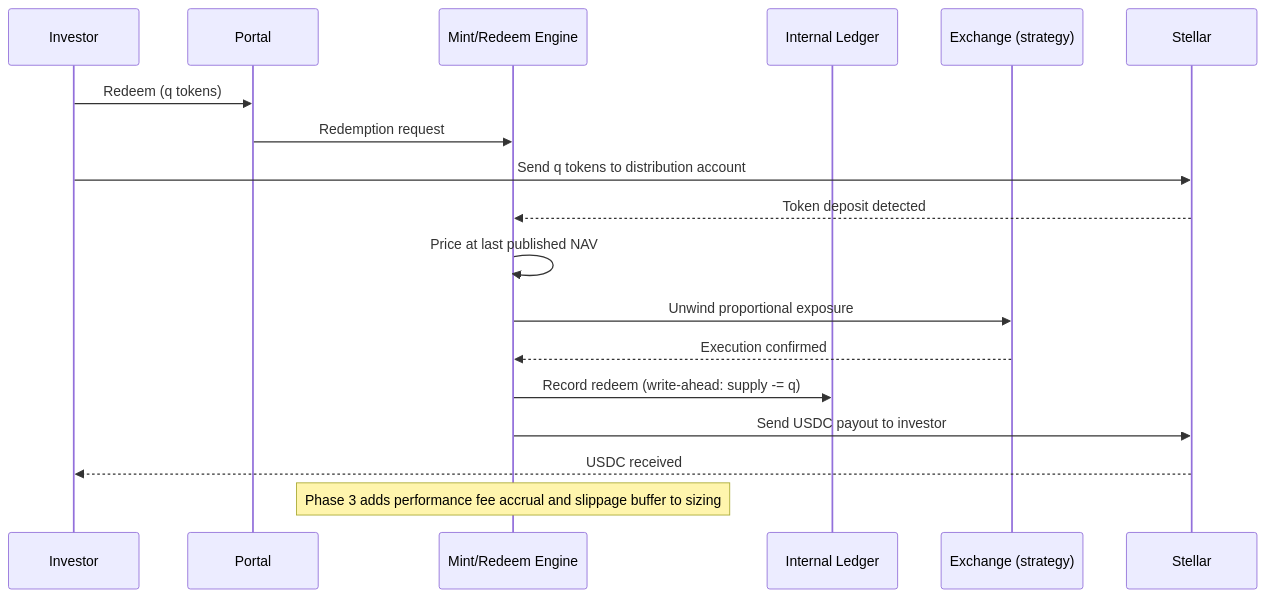
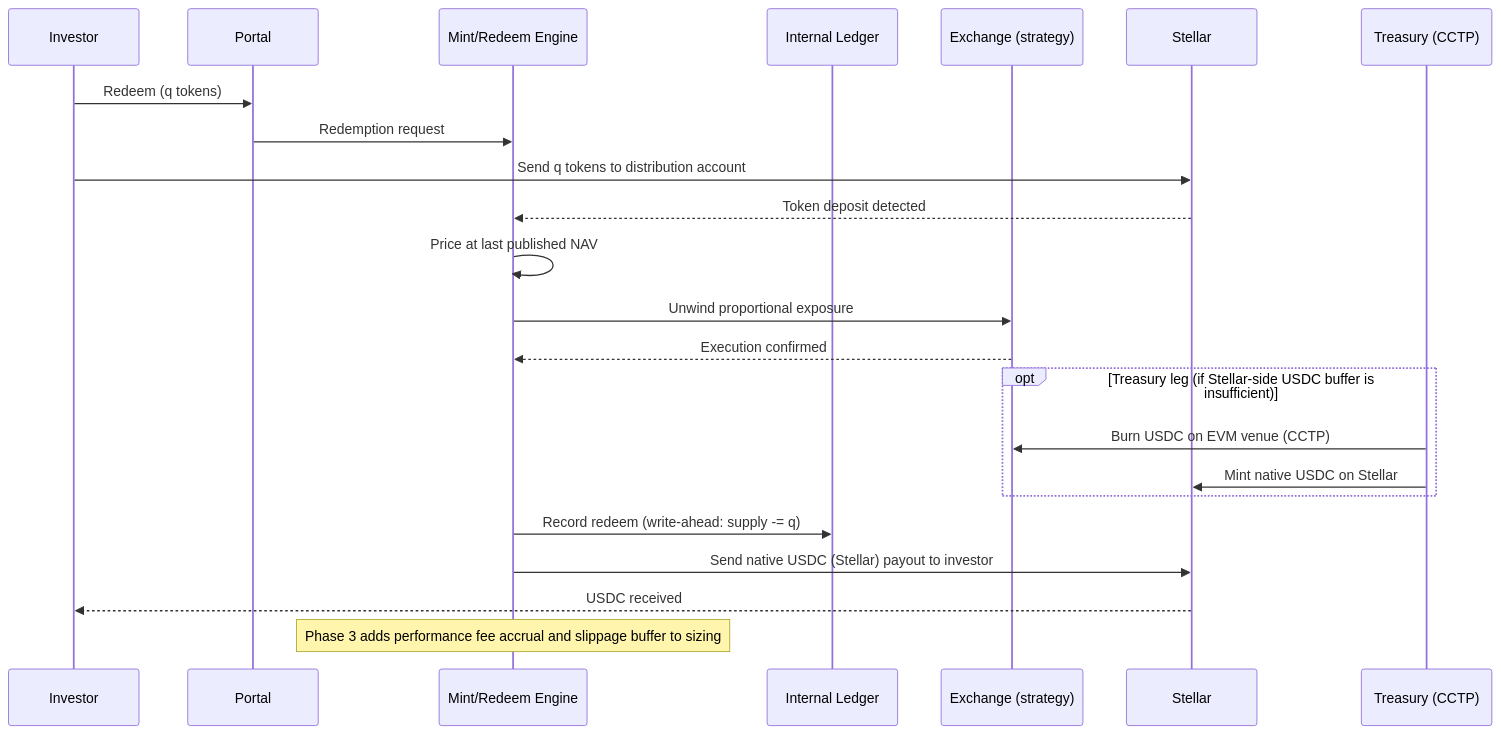
Before and after one commit to trakx/stellar-strategy-rails: the fourth of 5 diagrams in docs/ARCHITECTURE.md, drawn with Mermaid. The commit also changed other lines of this file, not shown here.

First line of the commit message:
Enhance architecture documentation with treasury and NAV details

````diff
--- a/docs/ARCHITECTURE.md
+++ b/docs/ARCHITECTURE.md
@@ -114,21 +125,27 @@
 ```mermaid
 sequenceDiagram
     participant I as Investor
     participant P as Portal
     participant M as Mint/Redeem Engine
     participant L as Internal Ledger
     participant E as Exchange (strategy)
     participant S as Stellar
 
+    participant T as Treasury (CCTP)
+
     I->>P: Redeem (q tokens)
     P->>M: Redemption request
     I->>S: Send q tokens to distribution account
     S-->>M: Token deposit detected
     M->>M: Price at last published NAV
     M->>E: Unwind proportional exposure
     E-->>M: Execution confirmed
+    opt Treasury leg (if Stellar-side USDC buffer is insufficient)
+        T->>E: Burn USDC on EVM venue (CCTP)
+        T->>S: Mint native USDC on Stellar
+    end
     M->>L: Record redeem (write-ahead: supply -= q)
-    M->>S: Send USDC payout to investor
+    M->>S: Send native USDC (Stellar) payout to investor
     S-->>I: USDC received
     Note over M: Phase 3 adds performance fee accrual and slippage buffer to sizing
 ```
````
